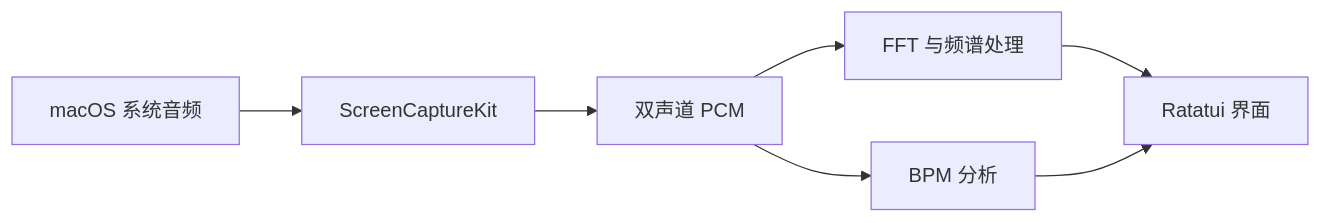
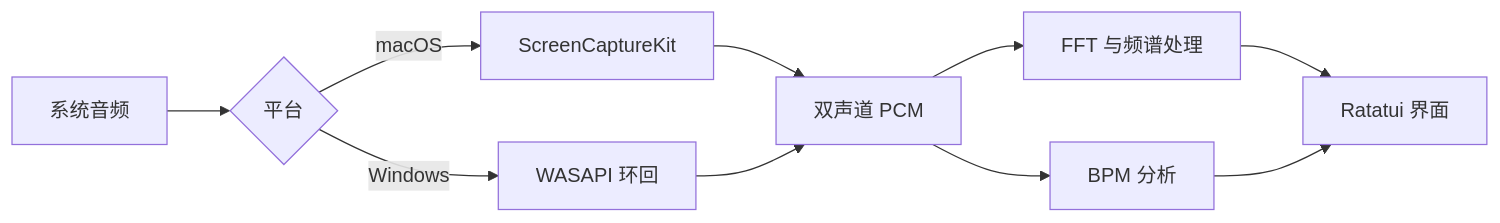
The diagram in README.zh-CN.md (pentaoa/terb), drawn with Mermaid before and after one commit. The commit also changed other lines of this file and 5 other files, not shown here.

First line of the commit message:
Add Windows WASAPI capture and ignore key releases.

````diff
--- a/README.zh-CN.md
+++ b/README.zh-CN.md
@@ -133,9 +139,12 @@
 ```mermaid
 flowchart LR
-    A[macOS 系统音频] --> B[ScreenCaptureKit]
-    B --> C[双声道 PCM]
-    C --> D[FFT 与频谱处理]
-    C --> E[BPM 分析]
-    D --> F[Ratatui 界面]
-    E --> F
+    A[系统音频] --> B{平台}
+    B -->|macOS| C[ScreenCaptureKit]
+    B -->|Windows| D[WASAPI 环回]
+    C --> E[双声道 PCM]
+    D --> E
+    E --> F[FFT 与频谱处理]
+    E --> G[BPM 分析]
+    F --> H[Ratatui 界面]
+    G --> H
 ```
````
